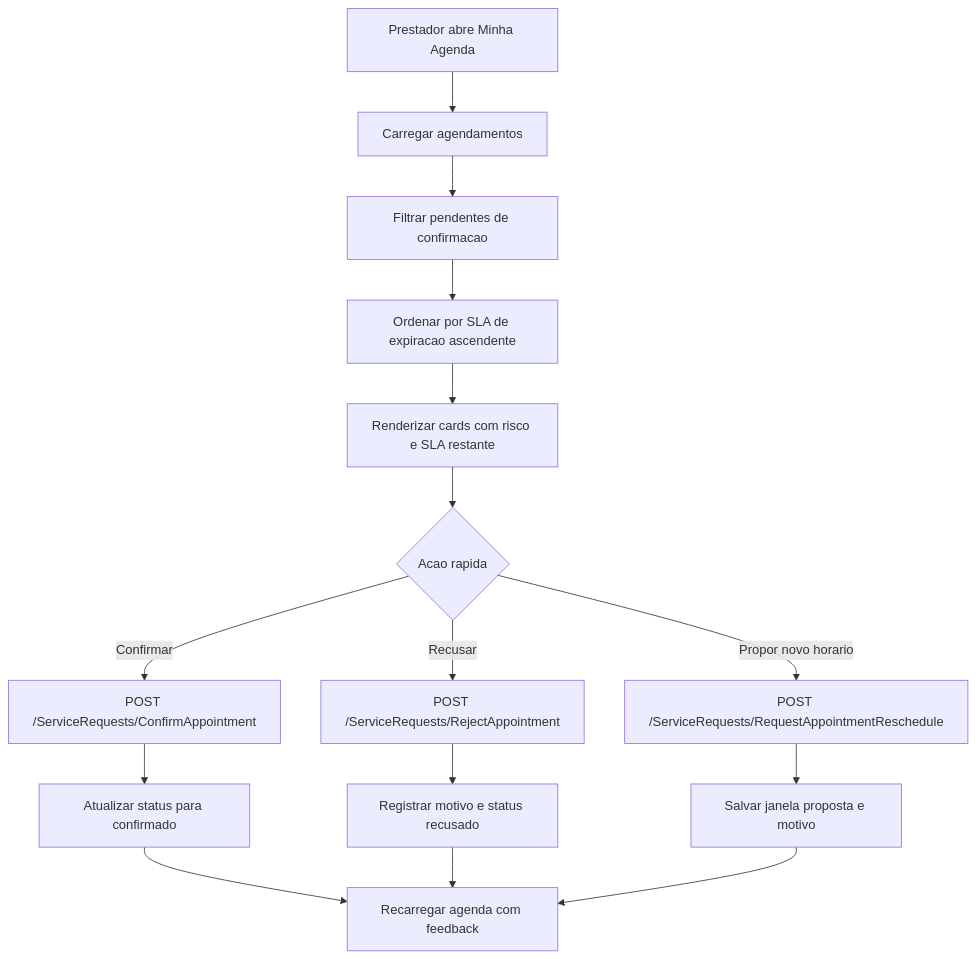
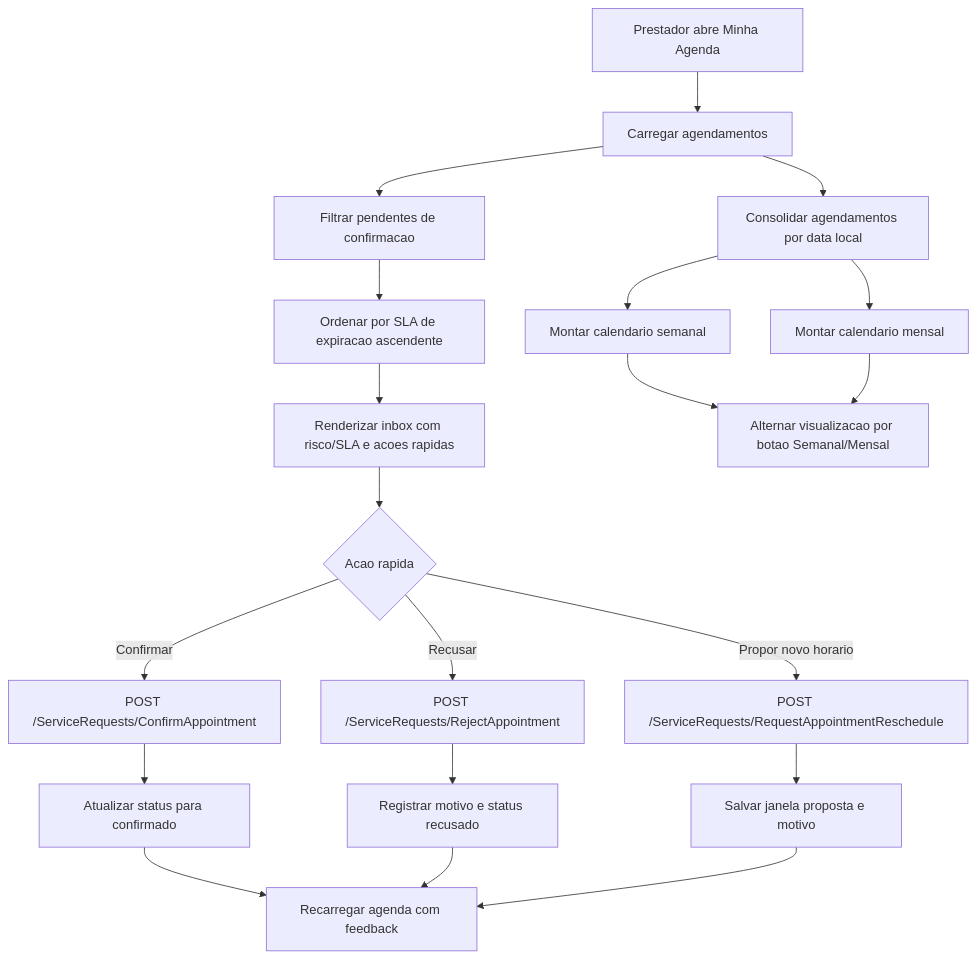
The diagram in Documentacao/DIAGRAMAS/AGENDA_SERVICOS_JANELAS_LEMBRETES/ST-007-ui-prestador-gestao-agenda-operacao/fluxo-inbox-sla-acoes-rapidas.mmd (leonardomendes201704/ConsertaPraMim), drawn with Mermaid before and after one commit. The commit also changed 6 other files, not shown here.

```diff
--- a/Documentacao/DIAGRAMAS/AGENDA_SERVICOS_JANELAS_LEMBRETES/ST-007-ui-prestador-gestao-agenda-operacao/fluxo-inbox-sla-acoes-rapidas.mmd
+++ b/Documentacao/DIAGRAMAS/AGENDA_SERVICOS_JANELAS_LEMBRETES/ST-007-ui-prestador-gestao-agenda-operacao/fluxo-inbox-sla-acoes-rapidas.mmd
@@ -1,20 +1,25 @@
 flowchart TD
     A[Prestador abre Minha Agenda] --> B[Carregar agendamentos]
     B --> C[Filtrar pendentes de confirmacao]
     C --> D[Ordenar por SLA de expiracao ascendente]
+    D --> E[Renderizar inbox com risco/SLA e acoes rapidas]
 
-    D --> E[Renderizar cards com risco e SLA restante]
-    E --> F{Acao rapida}
+    B --> F[Consolidar agendamentos por data local]
+    F --> G[Montar calendario semanal]
+    F --> H[Montar calendario mensal]
+    G --> I[Alternar visualizacao por botao Semanal/Mensal]
+    H --> I
 
-    F -->|Confirmar| G[POST /ServiceRequests/ConfirmAppointment]
-    G --> H[Atualizar status para confirmado]
+    E --> J{Acao rapida}
+    J -->|Confirmar| K[POST /ServiceRequests/ConfirmAppointment]
+    K --> N[Atualizar status para confirmado]
 
-    F -->|Recusar| I[POST /ServiceRequests/RejectAppointment]
-    I --> J[Registrar motivo e status recusado]
+    J -->|Recusar| L[POST /ServiceRequests/RejectAppointment]
+    L --> O[Registrar motivo e status recusado]
 
-    F -->|Propor novo horario| K[POST /ServiceRequests/RequestAppointmentReschedule]
-    K --> L[Salvar janela proposta e motivo]
+    J -->|Propor novo horario| M[POST /ServiceRequests/RequestAppointmentReschedule]
+    M --> P[Salvar janela proposta e motivo]
 
-    H --> M[Recarregar agenda com feedback]
-    J --> M
-    L --> M
+    N --> Q[Recarregar agenda com feedback]
+    O --> Q
+    P --> Q
```
